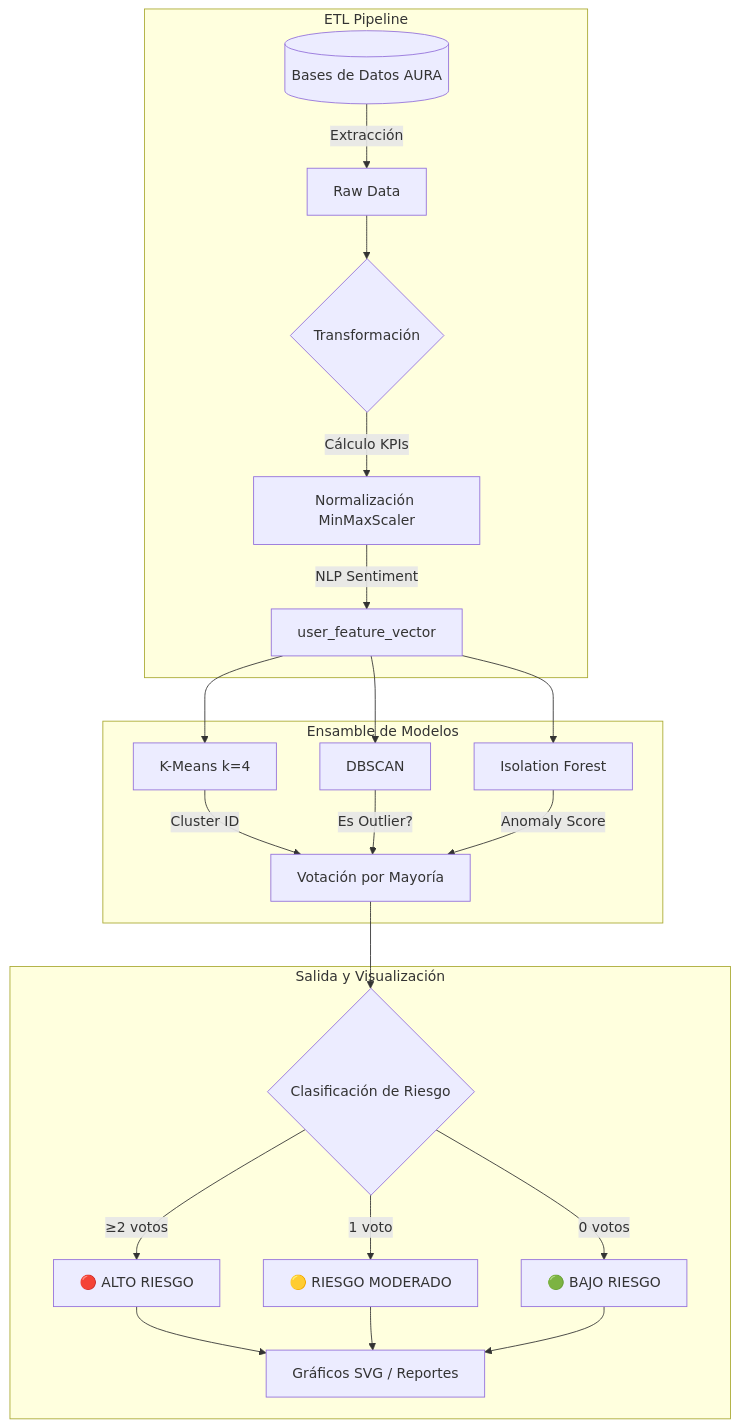
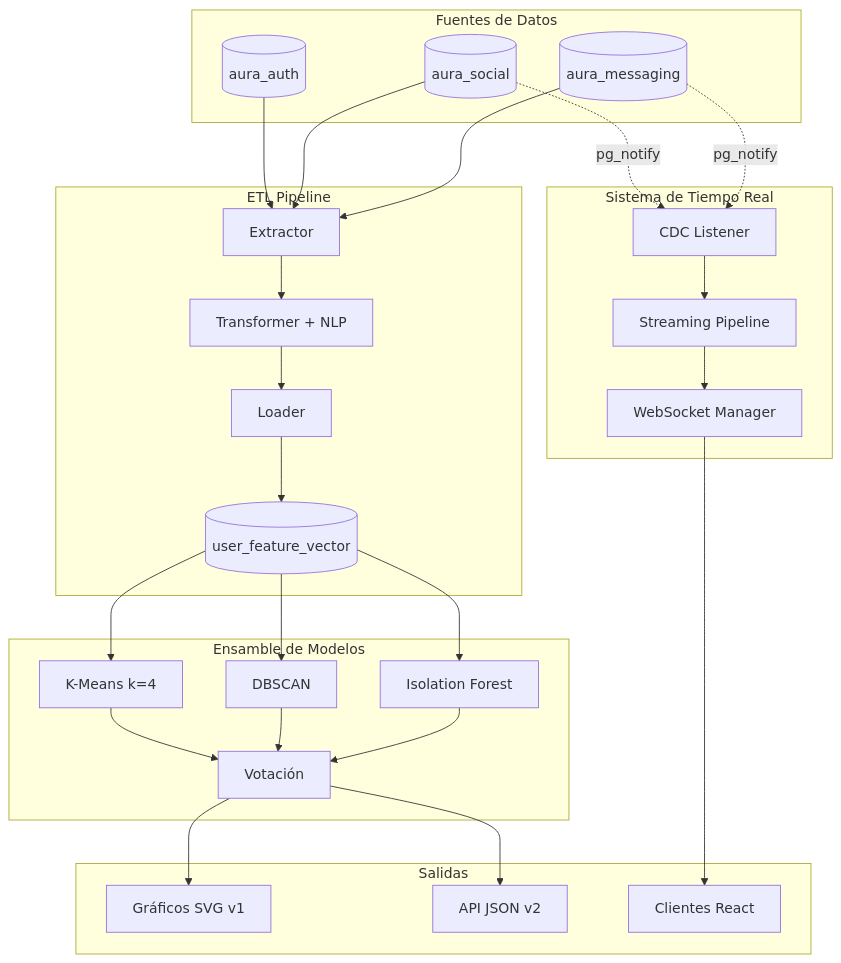
One commit to LuisAlbertoB/AURA-data-mining changed the first of 2 diagrams in doc/reporte_clustering_aura.md. Above: the diagram before and after it, drawn with Mermaid. The commit also changed other lines of this file and 4 other files, not shown here.

````diff
--- a/doc/reporte_clustering_aura.md
+++ b/doc/reporte_clustering_aura.md
@@ -48,30 +58,39 @@
 ```mermaid
 graph TD
+    subgraph "Fuentes de Datos"
+        A1[(aura_auth)] 
+        A2[(aura_social)]
+        A3[(aura_messaging)]
+    end
+
     subgraph "ETL Pipeline"
-        A[(Bases de Datos AURA)] -->|Extracción| B[Raw Data]
-        B --> C{Transformación}
-        C -->|Cálculo KPIs| D[Normalización MinMaxScaler]
-        D -->|NLP Sentiment| E[user_feature_vector]
+        A1 --> E[Extractor]
+        A2 --> E
+        A3 --> E
+        E --> T[Transformer + NLP]
+        T --> L[Loader]
+        L --> DB[(user_feature_vector)]
+    end
+
+    subgraph "Sistema de Tiempo Real"
+        A2 -.-> |pg_notify| CDC[CDC Listener]
+        A3 -.-> |pg_notify| CDC
+        CDC --> Stream[Streaming Pipeline]
+        Stream --> WS[WebSocket Manager]
     end
 
     subgraph "Ensamble de Modelos"
-        E --> F1[K-Means k=4]
-        E --> F2[DBSCAN]
-        E --> F3[Isolation Forest]
-        
-        F1 -->|Cluster ID| G[Votación por Mayoría]
-        F2 -->|Es Outlier?| G
-        F3 -->|Anomaly Score| G
+        DB --> F1[K-Means k=4]
+        DB --> F2[DBSCAN]
+        DB --> F3[Isolation Forest]
+        F1 --> V[Votación]
+        F2 --> V
+        F3 --> V
     end
 
-    subgraph "Salida y Visualización"
-        G --> H{Clasificación de Riesgo}
-        H -->|≥2 votos| I[🔴 ALTO RIESGO]
-        H -->|1 voto| J[🟡 RIESGO MODERADO]
-        H -->|0 votos| K[🟢 BAJO RIESGO]
-        
-        I --> L[Gráficos SVG / Reportes]
-        J --> L
-        K --> L
+    subgraph "Salidas"
+        V --> SVG[Gráficos SVG v1]
+        V --> JSON[API JSON v2]
+        WS --> RT[Clientes React]
     end
 ```
````
